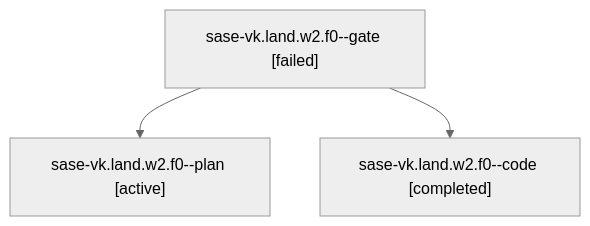
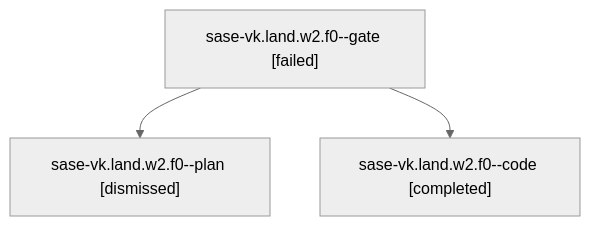
The diagram in sessions/bbugyi200.athena.sase-vk.land.w2.f0.md (sase-org/sase--agents), drawn with Mermaid (neutral theme) before and after one commit. The commit also changed other lines of this file and 79 other files, not shown here.

````diff
--- a/sessions/bbugyi200.athena.sase-vk.land.w2.f0.md
+++ b/sessions/bbugyi200.athena.sase-vk.land.w2.f0.md
@@ -9,8 +9,8 @@
 ```mermaid
 flowchart TD
   n0["sase-vk.land.w2.f0--gate [failed]"]
-  n1["sase-vk.land.w2.f0--plan [active]"]
+  n1["sase-vk.land.w2.f0--plan [dismissed]"]
   n0 --> n1
   n2["sase-vk.land.w2.f0--code [completed]"]
   n0 --> n2
 ```
````
